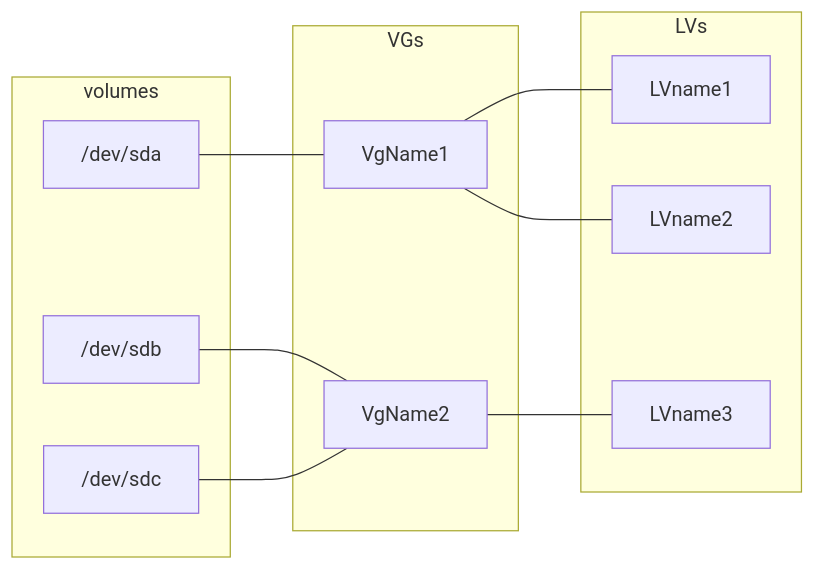
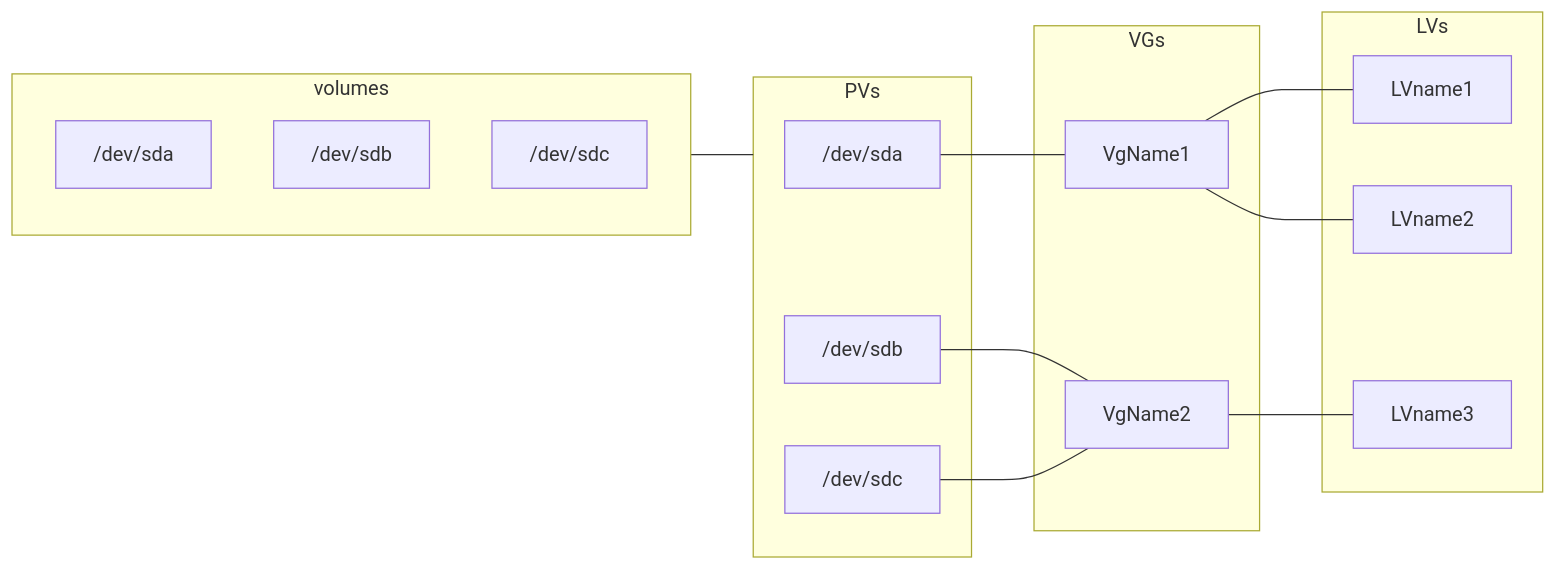
One commit to Simplon-AlainCaupin/cours_LVM changed the diagram in recap_LVM.md. Above: the diagram before and after it, drawn with Mermaid. The commit also changed other lines of this file, not shown here.

Commit message:
upddot to graph

````diff
--- a/recap_LVM.md
+++ b/recap_LVM.md
@@ -55,24 +55,30 @@
 ```mermaid
 flowchart LR
 subgraph volumes
     /dev/sda
     /dev/sdb
     /dev/sdc
 end
+subgraph PVs
+    PV/dev/sda["/dev/sda"]
+    PV/dev/sdb["/dev/sdb"]
+    PV/dev/sdc["/dev/sdc"]
+end
+volumes --- PVs
 subgraph VGs
     VgName1
     VgName2
 end
-/dev/sda --- VgName1
-/dev/sdb --- VgName2
-/dev/sdc --- VgName2
+PV/dev/sda --- VgName1
+PV/dev/sdb --- VgName2
+PV/dev/sdc --- VgName2
 subgraph LVs
     LVname1
     LVname2
     LVname3
 end
 
 VgName1 --- LVname1
 VgName1 --- LVname2
 VgName2 --- LVname3
 ```
````
